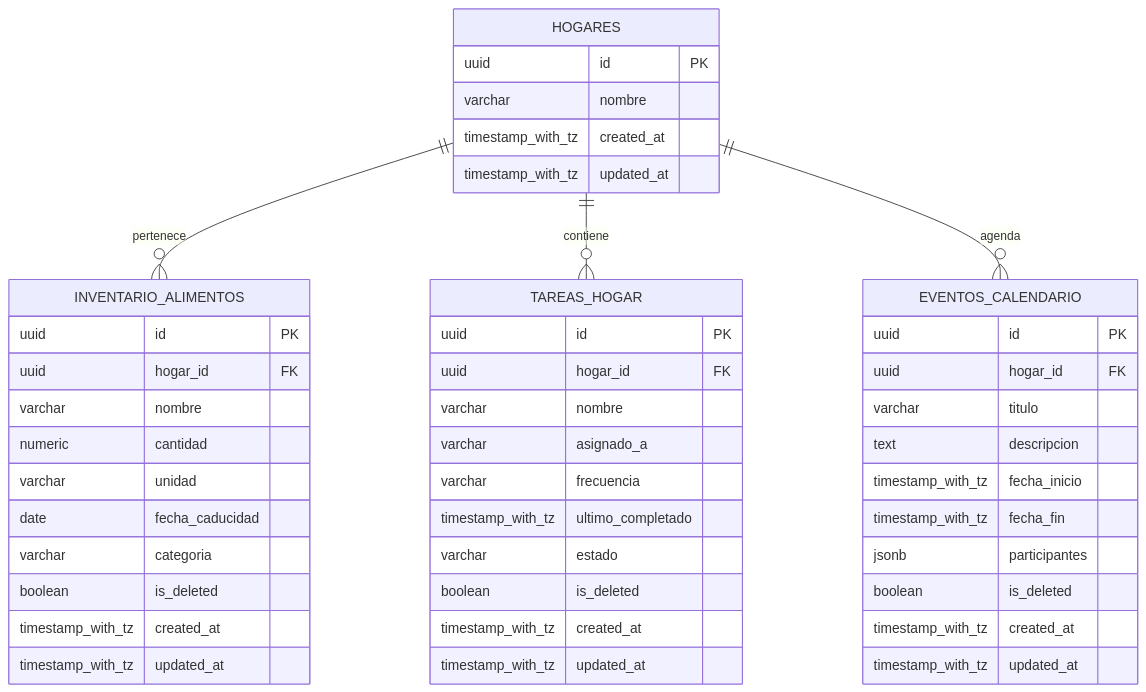
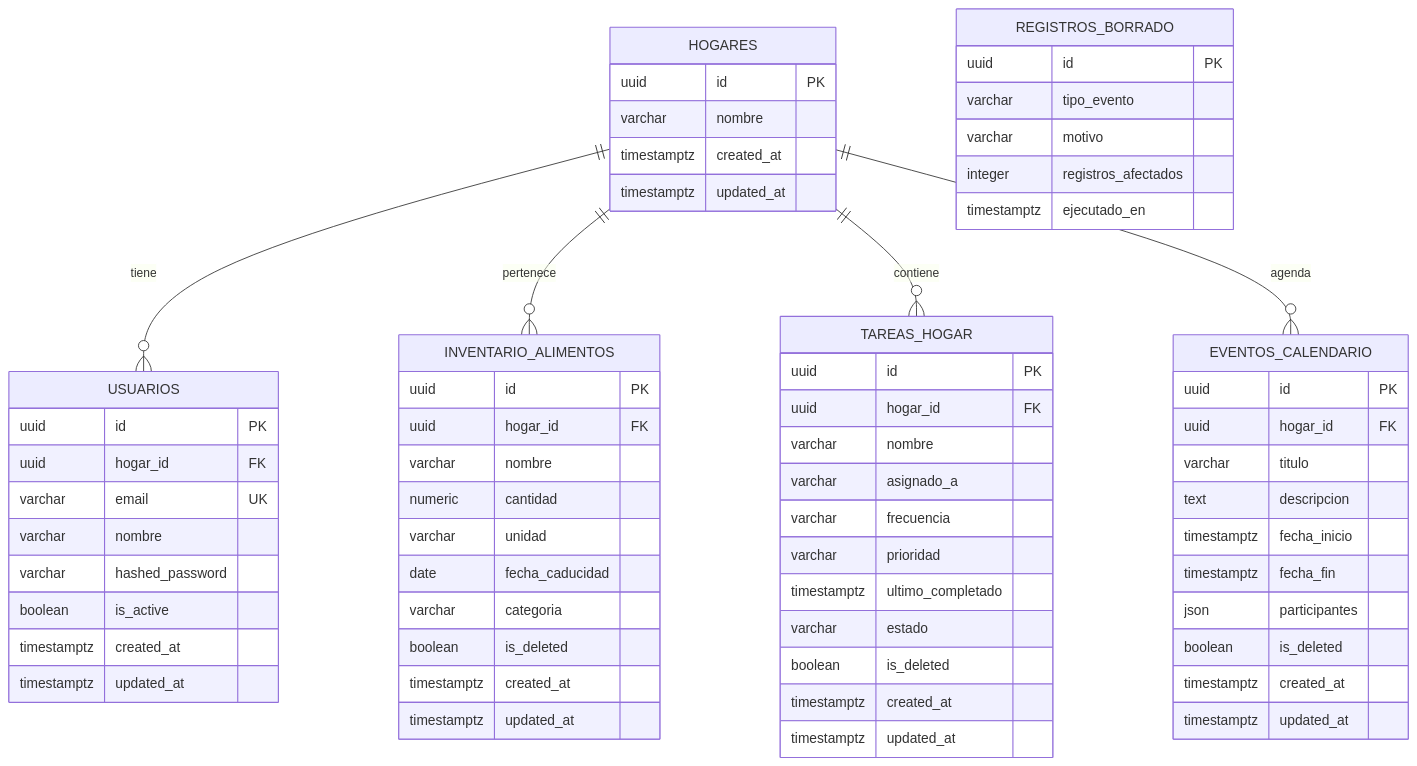
The diagram in 01_CONTEXTO_Y_ARQUITECTURA_APP.md (wallytown1/AsistenteHogar), drawn with Mermaid before and after one commit. The commit also changed other lines of this file and 30 other files, not shown here.

````diff
--- a/01_CONTEXTO_Y_ARQUITECTURA_APP.md
+++ b/01_CONTEXTO_Y_ARQUITECTURA_APP.md
@@ -53,52 +70,73 @@
 ```mermaid
 erDiagram
+    HOGARES ||--o{ USUARIOS : tiene
     HOGARES ||--o{ INVENTARIO_ALIMENTOS : pertenece
     HOGARES ||--o{ TAREAS_HOGAR : contiene
     HOGARES ||--o{ EVENTOS_CALENDARIO : agenda
 
     HOGARES {
         uuid id PK
         varchar nombre
-        timestamp_with_tz created_at
-        timestamp_with_tz updated_at
+        timestamptz created_at
+        timestamptz updated_at
+    }
+
+    USUARIOS {
+        uuid id PK
+        uuid hogar_id FK
+        varchar email UK
+        varchar nombre
+        varchar hashed_password
+        boolean is_active
+        timestamptz created_at
+        timestamptz updated_at
     }
 
     INVENTARIO_ALIMENTOS {
         uuid id PK
         uuid hogar_id FK
         varchar nombre
         numeric cantidad
         varchar unidad
         date fecha_caducidad
         varchar categoria
         boolean is_deleted
-        timestamp_with_tz created_at
-        timestamp_with_tz updated_at
+        timestamptz created_at
+        timestamptz updated_at
     }
 
     TAREAS_HOGAR {
         uuid id PK
         uuid hogar_id FK
         varchar nombre
         varchar asignado_a
         varchar frecuencia
-        timestamp_with_tz ultimo_completado
+        varchar prioridad
+        timestamptz ultimo_completado
         varchar estado
         boolean is_deleted
-        timestamp_with_tz created_at
-        timestamp_with_tz updated_at
+        timestamptz created_at
+        timestamptz updated_at
     }
 
     EVENTOS_CALENDARIO {
         uuid id PK
         uuid hogar_id FK
         varchar titulo
         text descripcion
-        timestamp_with_tz fecha_inicio
-        timestamp_with_tz fecha_fin
-        jsonb participantes
+        timestamptz fecha_inicio
+        timestamptz fecha_fin
+        json participantes
         boolean is_deleted
-        timestamp_with_tz created_at
-        timestamp_with_tz updated_at
+        timestamptz created_at
+        timestamptz updated_at
+    }
+
+    REGISTROS_BORRADO {
+        uuid id PK
+        varchar tipo_evento
+        varchar motivo
+        integer registros_afectados
+        timestamptz ejecutado_en
     }
 ```
````
